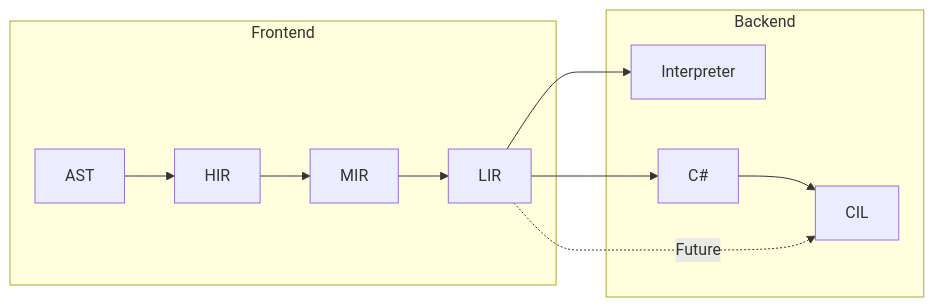
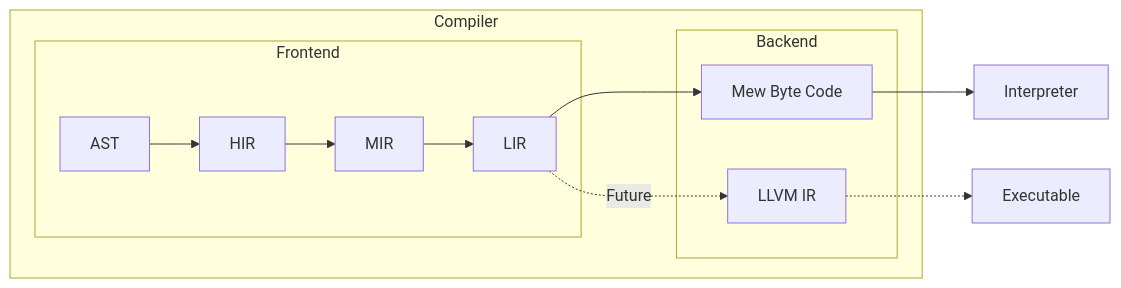
The diagram in docs/compiler/index.md (mew-lang/docs), drawn with Mermaid before and after one commit. The commit also changed other lines of this file, not shown here.

Commit message:
Update the compiler graph

````diff
--- a/docs/compiler/index.md
+++ b/docs/compiler/index.md
@@ -10,14 +10,16 @@
 ```mermaid
 flowchart LR;
+    subgraph Compiler
     subgraph Frontend
     AST-->HIR
     HIR-->MIR
     MIR-->LIR
     end
     subgraph Backend
-    LIR-->Interpreter
-    LIR-->C#
-    C#-->CIL
-    LIR-. Future .->CIL
+    LIR-->ByteCode["Mew Byte Code"]
+    LIR-. Future .->LLVM["LLVM IR"]
     end
+    end
+    ByteCode-->Interpreter
+    LLVM-.->Executable
 ```
````
